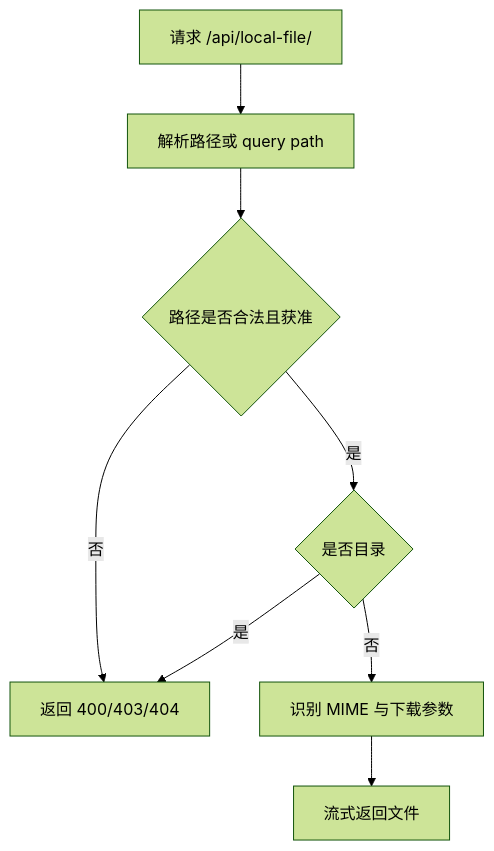
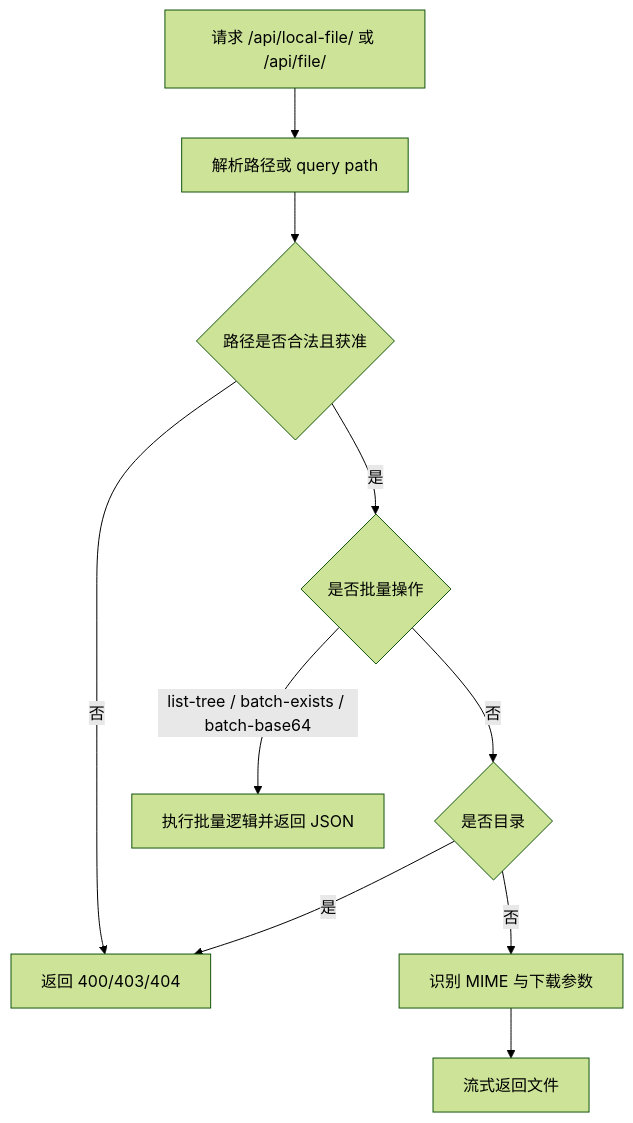
One commit to 0REZ/clawbench changed the diagram in docs/spec/infra/local-file-serving.md. Above: the diagram before and after it, drawn with Mermaid (forest theme). The commit also changed other lines of this file and 128 other files, not shown here.

````diff
--- a/docs/spec/infra/local-file-serving.md
+++ b/docs/spec/infra/local-file-serving.md
@@ -9,10 +9,12 @@
 ```mermaid
 flowchart TD
-    A[请求 /api/local-file/] --> B[解析路径或 query path]
+    A[请求 /api/local-file/ 或 /api/file/] --> B[解析路径或 query path]
     B --> C{路径是否合法且获准}
     C -->|否| D[返回 400/403/404]
-    C -->|是| E{是否目录}
-    E -->|是| D
-    E -->|否| F[识别 MIME 与下载参数]
-    F --> G[流式返回文件]
+    C -->|是| E{是否批量操作}
+    E -->|list-tree / batch-exists / batch-base64| H[执行批量逻辑并返回 JSON]
+    E -->|否| F{是否目录}
+    F -->|是| D
+    F -->|否| G[识别 MIME 与下载参数]
+    G --> I[流式返回文件]
 ```
````
